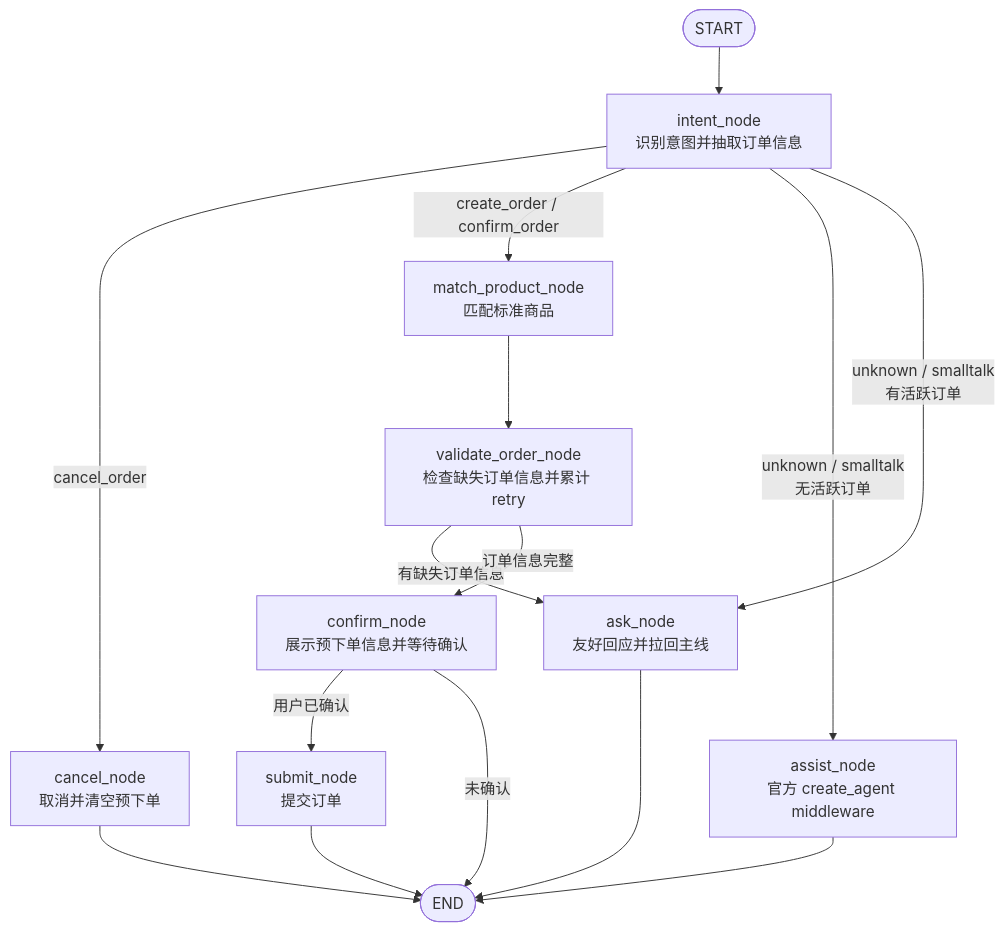
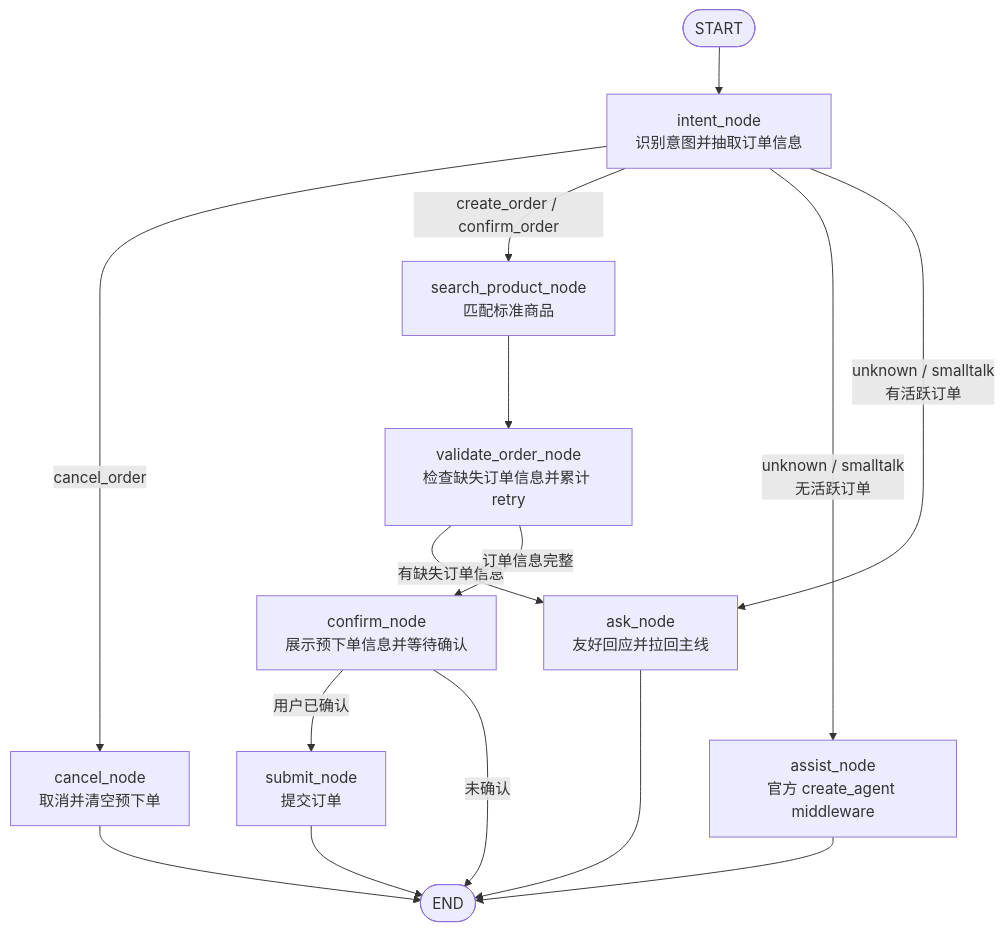
Before and after one commit to chengzongxin/hotel-ai-order-cursor: the diagram in docs/workflow.md, drawn with Mermaid. The commit also changed 18 other files, not shown here.

First line of the commit message:
统一商品检索路径，重命名 search_product_tool，新增集成测试

````diff
--- a/docs/workflow.md
+++ b/docs/workflow.md
@@ -3,22 +3,22 @@
 ```mermaid
 flowchart TD
     START([START]) --> intent_node[intent_node<br/>识别意图并抽取订单信息]
 
     intent_node -->|cancel_order| cancel_node[cancel_node<br/>取消并清空预下单]
-    intent_node -->|create_order / confirm_order| match_product_node[match_product_node<br/>匹配标准商品]
+    intent_node -->|create_order / confirm_order| search_product_node[search_product_node<br/>匹配标准商品]
     intent_node -->|unknown / smalltalk<br/>无活跃订单| assist_node[assist_node<br/>官方 create_agent middleware]
     intent_node -->|unknown / smalltalk<br/>有活跃订单| ask_node[ask_node<br/>友好回应并拉回主线]
 
-    match_product_node --> validate_order_node[validate_order_node<br/>检查缺失订单信息并累计 retry]
+    search_product_node --> validate_order_node[validate_order_node<br/>检查缺失订单信息并累计 retry]
 
     validate_order_node -->|有缺失订单信息| ask_node
     validate_order_node -->|订单信息完整| confirm_node[confirm_node<br/>展示预下单信息并等待确认]
 
     confirm_node -->|用户已确认| submit_node[submit_node<br/>提交订单]
     confirm_node -->|未确认| END([END])
 
     ask_node --> END
     assist_node --> END
     cancel_node --> END
     submit_node --> END
 ```
````
